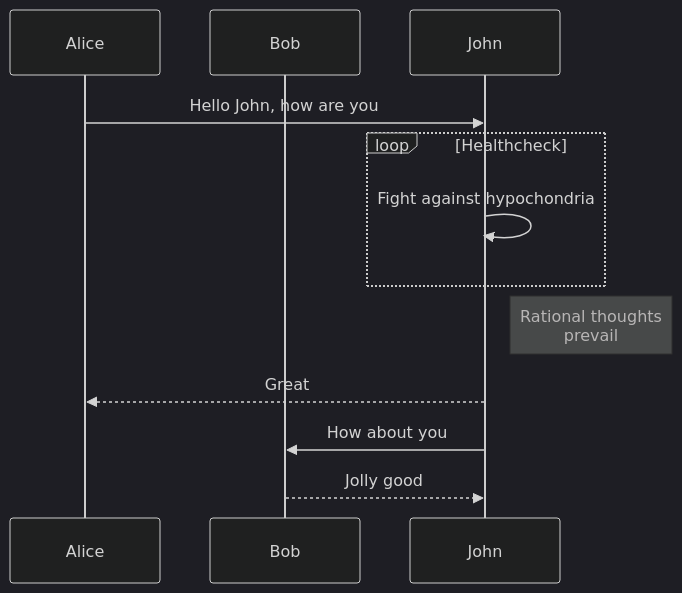
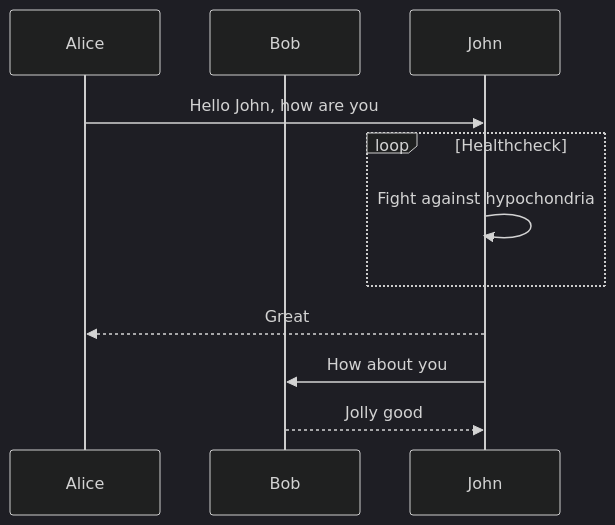
Before and after one commit to kimbank/kimbank.github.io: the second of 3 diagrams in _posts/project/LB/2021-07-20-project-LB-퀀트의 역사.md, drawn with Mermaid (dark theme).

```diff
--- a/_posts/project/LB/2021-07-20-project-LB-퀀트의 역사.md
+++ b/_posts/project/LB/2021-07-20-project-LB-퀀트의 역사.md
@@ -27,15 +27,14 @@
 <div class="mermaid"> 
 
 sequenceDiagram;
     participant Alice;
     participant Bob;
     Alice->>John: Hello John, how are you;
     loop Healthcheck
         John->>John: Fight against hypochondria;
     end
-    Note right of John: Rational thoughts <br/>prevail;
     John-->>Alice: Great;
     John->>Bob: How about you;
     Bob-->>John: Jolly good;
 
 </div>
```
